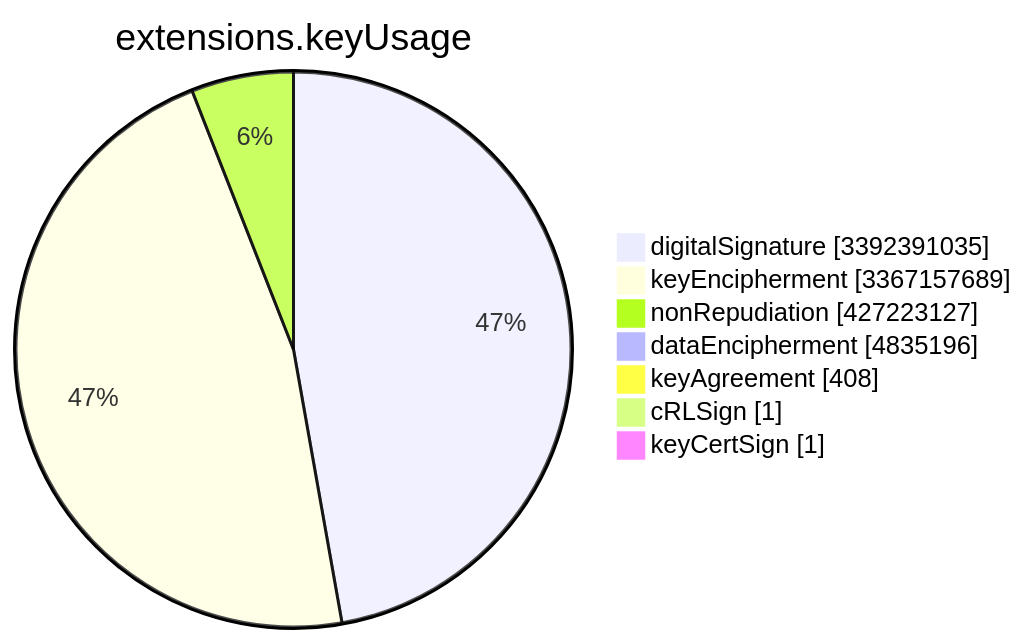
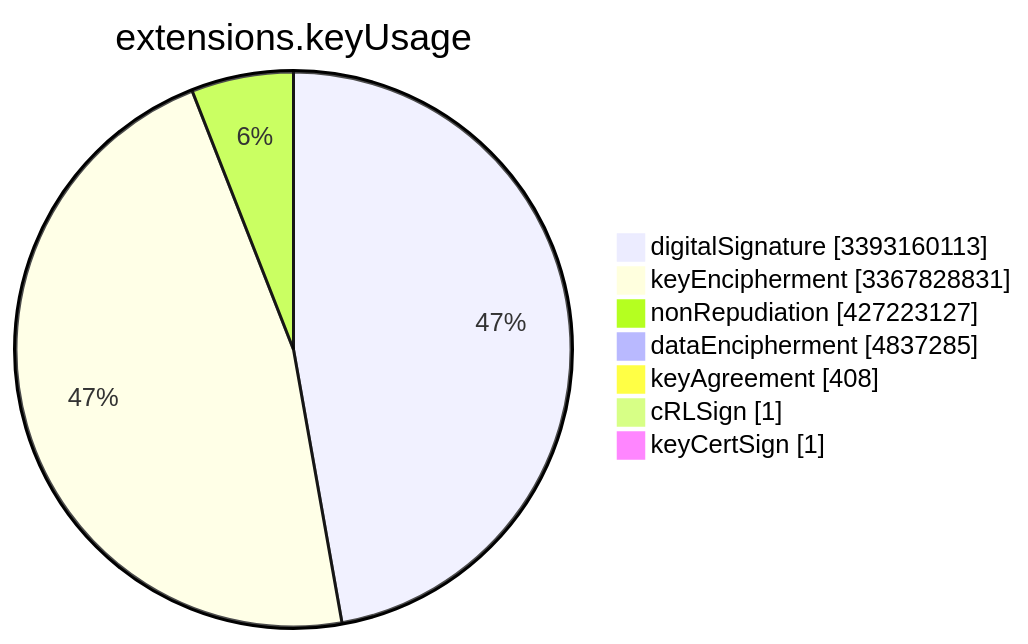
The sixth of 15 diagrams in TOTAL/README.md (christiankrug/ctmonitor_visualization), drawn with Mermaid before and after one commit. The commit also changed other lines of this file, not shown here.

````diff
--- a/TOTAL/README.md
+++ b/TOTAL/README.md
@@ -3080,11 +3081,11 @@
 ```mermaid
 pie showData
 title extensions.keyUsage
-"digitalSignature" :3392391035
-"keyEncipherment" :3367157689
+"digitalSignature" :3393160113
+"keyEncipherment" :3367828831
 "nonRepudiation" :427223127
-"dataEncipherment" :4835196
+"dataEncipherment" :4837285
 "keyAgreement" :408
 "cRLSign" :1
 "keyCertSign" :1
 ```
````
